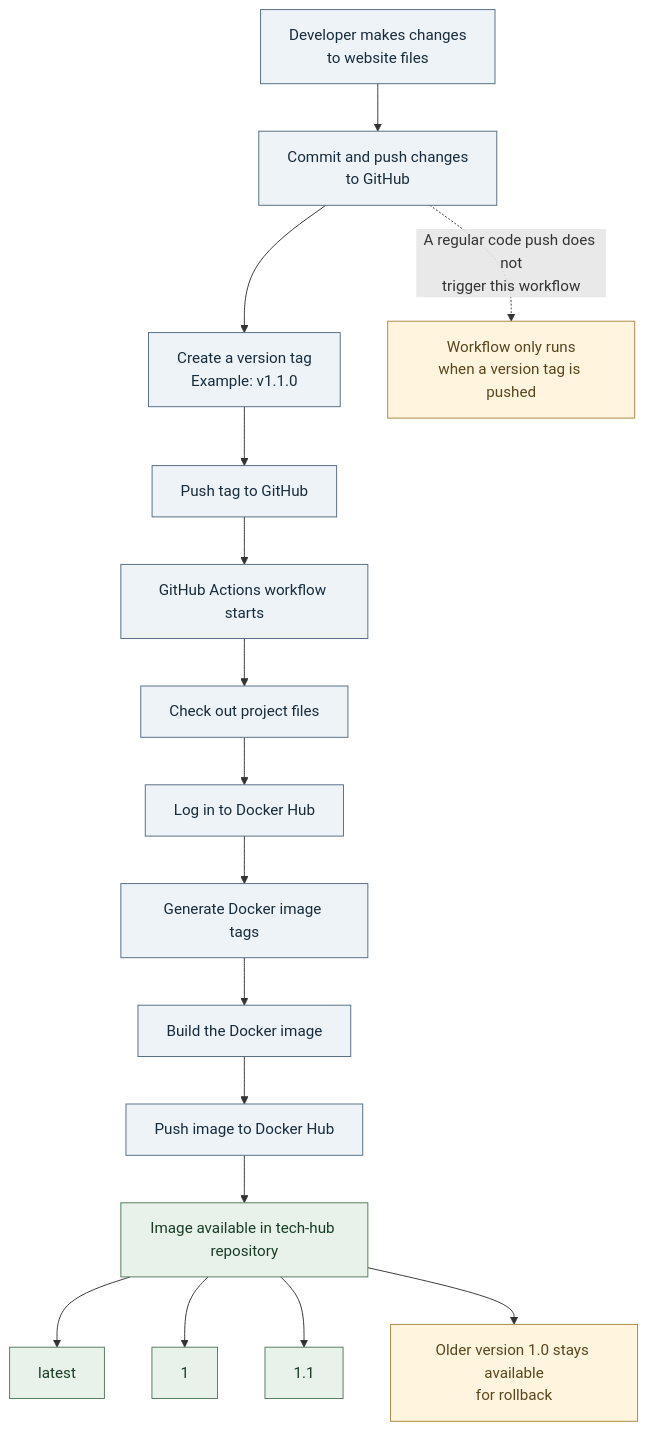
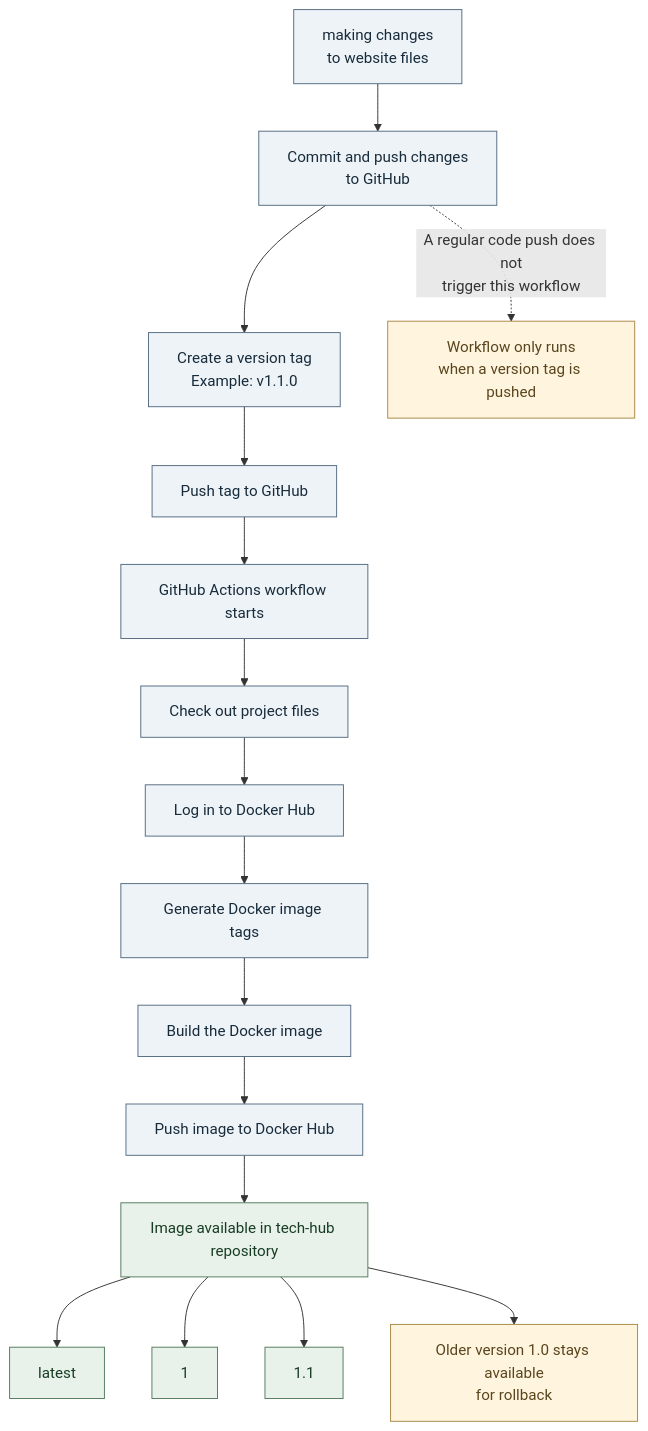
The diagram in README-CI.md (JawadNJ/ceg3120-cicd-Nejem-f26), drawn with Mermaid before and after one commit.

Commit message:
editing the msgs in each box, making it shorter and not confusing

````diff
--- a/README-CI.md
+++ b/README-CI.md
@@ -25,35 +25,35 @@
 ```mermaid
 flowchart TD
-    A["Developer makes changes<br/>to website files"]
+    A["making changes<br/>to website files"]
     B["Commit and push changes<br/>to GitHub"]
     C["Create a version tag<br/>Example: v1.1.0"]
     D["Push tag to GitHub"]
     E["GitHub Actions workflow starts"]
     F["Check out project files"]
     G["Log in to Docker Hub"]
     H["Generate Docker image tags"]
     I["Build the Docker image"]
     J["Push image to Docker Hub"]
     K["Image available in tech-hub repository"]
 
     A --> B --> C --> D --> E
     E --> F --> G --> H --> I --> J --> K
 
     K --> L["latest"]
     K --> M["1"]
     K --> N["1.1"]
 
     O["Older version 1.0 stays available<br/>for rollback"]
 
     K --> O
 
     B -. "A regular code push does not<br/>trigger this workflow" .-> P["Workflow only runs<br/>when a version tag is pushed"]
 
     classDef process fill:#eef3f8,stroke:#536b82,color:#172b3a
     classDef result fill:#e8f2eb,stroke:#527b5c,color:#183c23
     classDef note fill:#fff5df,stroke:#a88743,color:#59451d
 
     class A,B,C,D,E,F,G,H,I,J process
     class K,L,M,N result
     class O,P note
 ```
````
